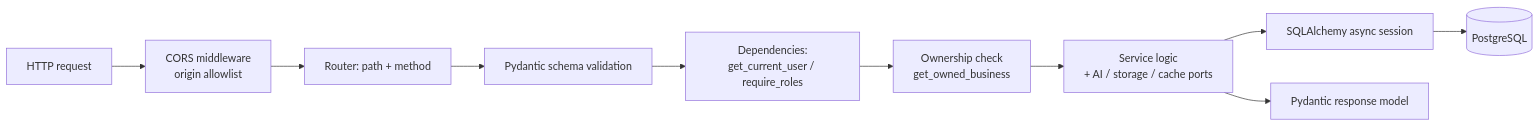
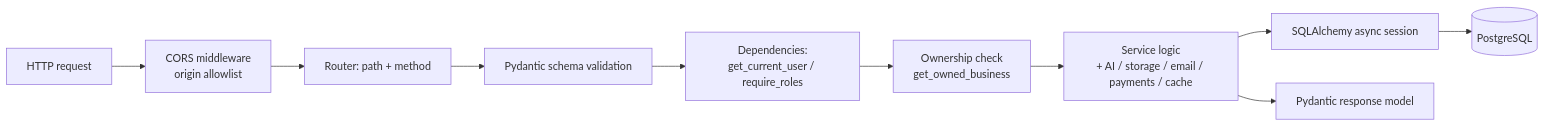
Before and after one commit to krishnaviswa/MEngPlat: the fifth of 21 diagrams in README.md, drawn with Mermaid. The commit also changed other lines of this file and 29 other files, not shown here.

First line of the commit message:
Enhance documentation and implement new features for payments and email integration

````diff
--- a/README.md
+++ b/README.md
@@ -309,12 +317,12 @@
 ```mermaid
 flowchart LR
     Req[HTTP request] --> CORS[CORS middleware<br/>origin allowlist]
     CORS --> Route[Router: path + method]
     Route --> Val[Pydantic schema validation]
     Val --> Dep["Dependencies:<br/>get_current_user / require_roles"]
     Dep --> Own[Ownership check<br/>get_owned_business]
-    Own --> Svc[Service logic<br/>+ AI / storage / cache ports]
+    Own --> Svc[Service logic<br/>+ AI / storage / email / payments / cache]
     Svc --> ORM[SQLAlchemy async session]
     ORM --> DB[(PostgreSQL)]
     Svc --> Resp[Pydantic response model]
 ```
````
